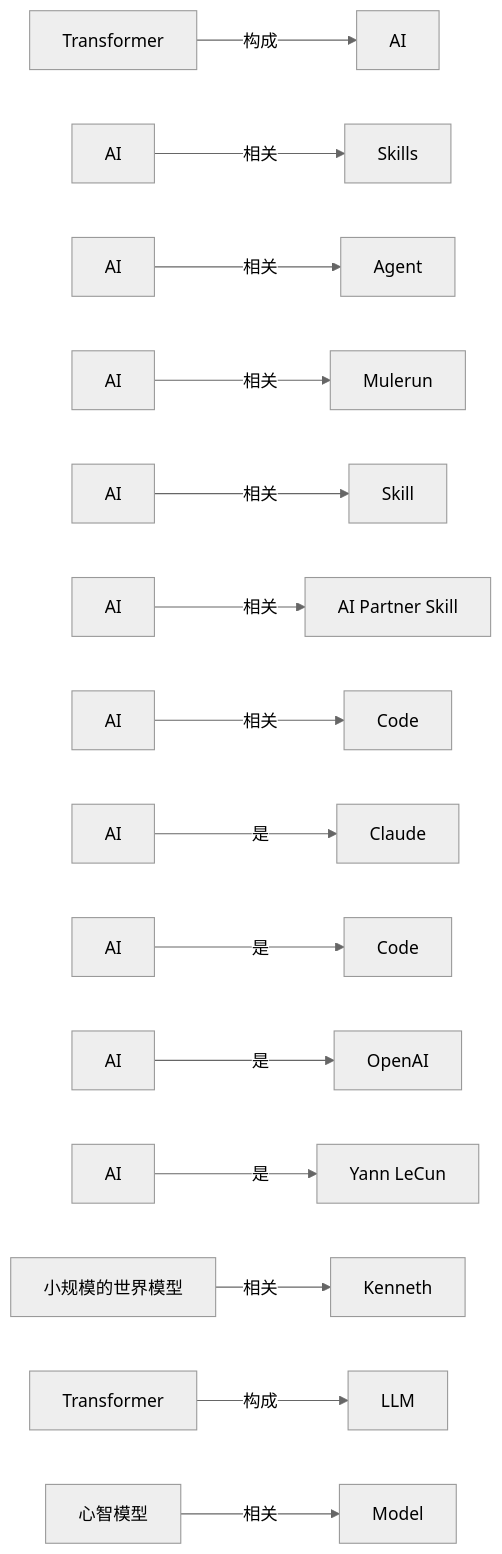
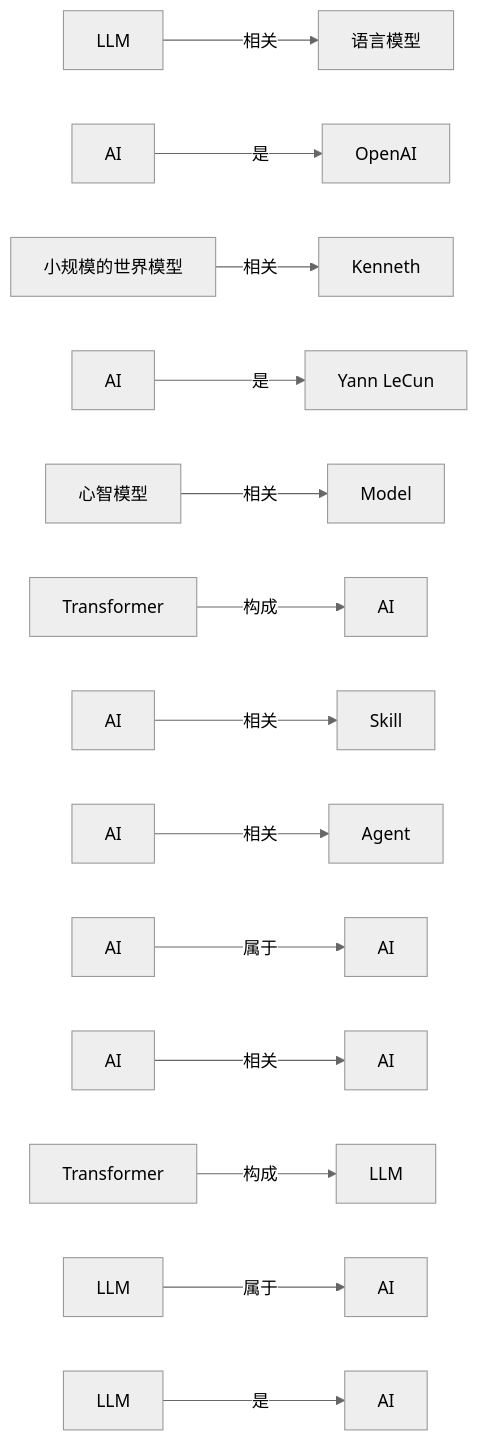
The second of 2 diagrams in LLM Wiki/wiki/domains/世界模型.md (mwbel/ResearchManjushri), drawn with Mermaid (neutral theme) before and after one commit. The commit also changed other lines of this file and 172 other files, not shown here.

````diff
--- a/LLM Wiki/wiki/domains/世界模型.md
+++ b/LLM Wiki/wiki/domains/世界模型.md
@@ -53,17 +53,16 @@
 ```mermaid
 flowchart LR
-    C1A["Transformer"] -- "构成" --> C1B["AI"]
-    C2A["AI"] -- "相关" --> C2B["Skills"]
-    C3A["AI"] -- "相关" --> C3B["Agent"]
-    C4A["AI"] -- "相关" --> C4B["Mulerun"]
-    C5A["AI"] -- "相关" --> C5B["Skill"]
-    C6A["AI"] -- "相关" --> C6B["AI Partner Skill"]
-    C7A["AI"] -- "相关" --> C7B["Code"]
-    C8A["AI"] -- "是" --> C8B["Claude"]
-    C9A["AI"] -- "是" --> C9B["Code"]
-    C10A["AI"] -- "是" --> C10B["OpenAI"]
-    C11A["AI"] -- "是" --> C11B["Yann LeCun"]
-    C12A["小规模的世界模型"] -- "相关" --> C12B["Kenneth"]
-    C13A["Transformer"] -- "构成" --> C13B["LLM"]
-    C14A["心智模型"] -- "相关" --> C14B["Model"]
+    C1A["LLM"] -- "相关" --> C1B["语言模型"]
+    C2A["AI"] -- "是" --> C2B["OpenAI"]
+    C3A["小规模的世界模型"] -- "相关" --> C3B["Kenneth"]
+    C4A["AI"] -- "是" --> C4B["Yann LeCun"]
+    C5A["心智模型"] -- "相关" --> C5B["Model"]
+    C6A["Transformer"] -- "构成" --> C6B["AI"]
+    C7A["AI"] -- "相关" --> C7B["Skill"]
+    C8A["AI"] -- "相关" --> C8B["Agent"]
+    C9A["AI"] -- "属于" --> C9B["AI"]
+    C10A["AI"] -- "相关" --> C10B["AI"]
+    C11A["Transformer"] -- "构成" --> C11B["LLM"]
+    C12A["LLM"] -- "属于" --> C12B["AI"]
+    C13A["LLM"] -- "是" --> C13B["AI"]
 ```
````
